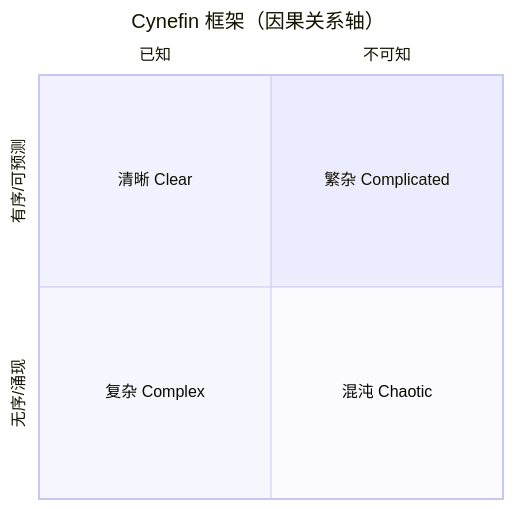
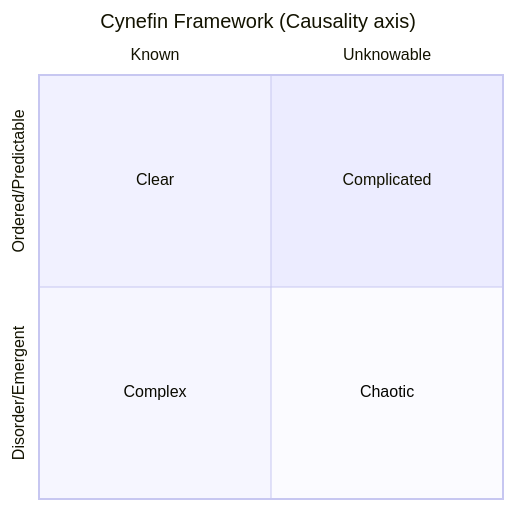
Before and after one commit to Kirky-X/kueiku: the diagram in references/structured-thinking/cynefin.md, drawn with Mermaid. The commit also changed other lines of this file and 126 other files, not shown here.

````diff
--- a/references/structured-thinking/cynefin.md
+++ b/references/structured-thinking/cynefin.md
@@ -7,10 +7,10 @@
 ```mermaid
 quadrantChart
-    title Cynefin 框架（因果关系轴）
-    x-axis 已知 --> 不可知
-    y-axis 无序/涌现 --> 有序/可预测
-    quadrant-1 繁杂 Complicated
-    quadrant-2 清晰 Clear
-    quadrant-3 复杂 Complex
-    quadrant-4 混沌 Chaotic
+    title Cynefin Framework (Causality axis)
+    x-axis Known --> Unknowable
+    y-axis Disorder/Emergent --> Ordered/Predictable
+    quadrant-1 Complicated
+    quadrant-2 Clear
+    quadrant-3 Complex
+    quadrant-4 Chaotic
 ```
````
